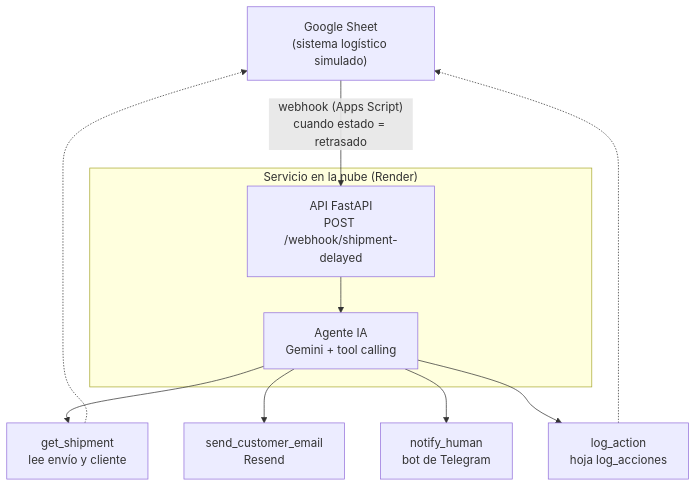
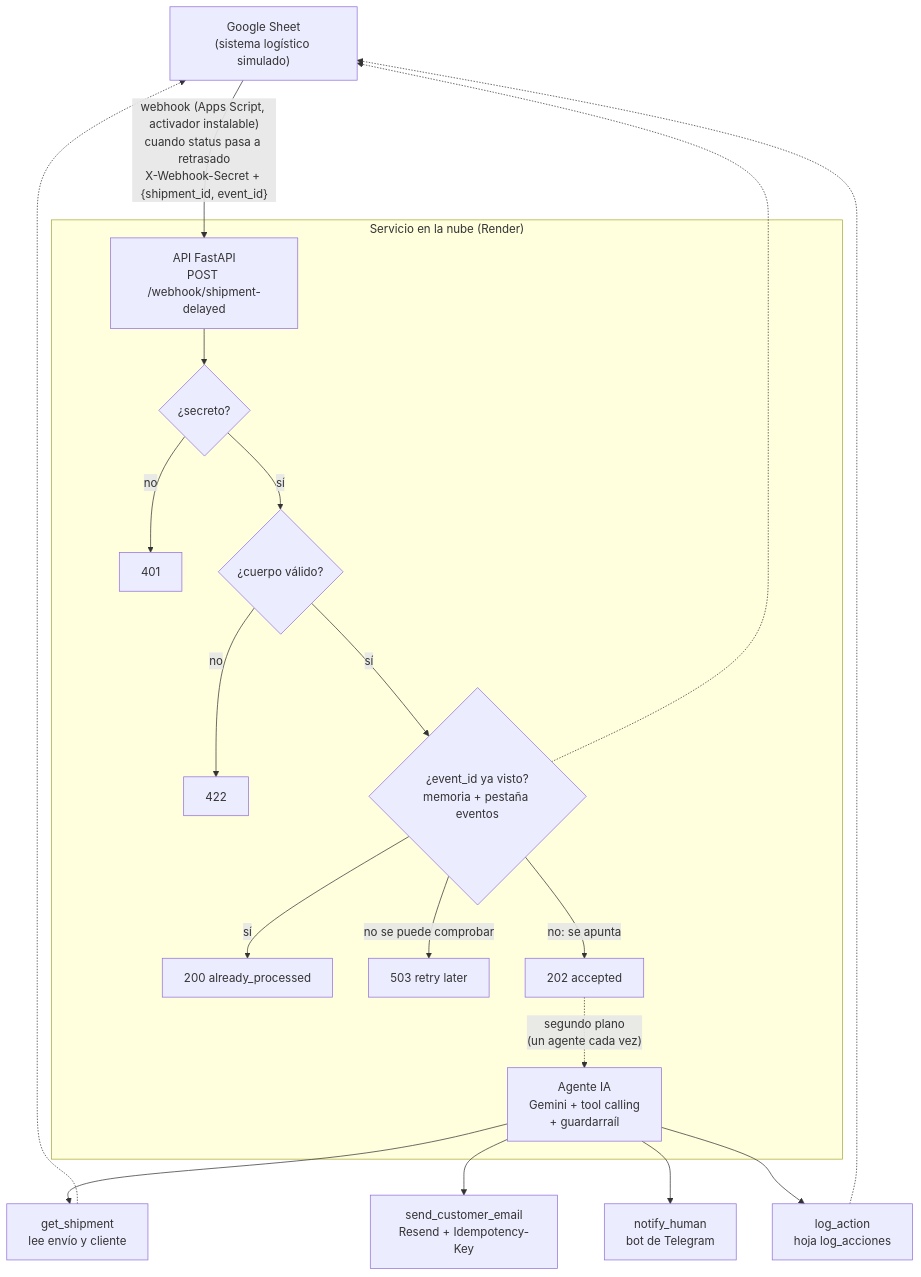
Before and after one commit to stapiaj/agente-logistica: the diagram in docs/contexto/02-arquitectura.md, drawn with Mermaid. The commit also changed other lines of this file and 1 other file, not shown here.

Commit message:
docs: architecture and data model for the phase 4 webhook

````diff
--- a/docs/contexto/02-arquitectura.md
+++ b/docs/contexto/02-arquitectura.md
@@ -5,13 +5,22 @@
 ```mermaid
 flowchart TD
-    S["Google Sheet<br/>(sistema logístico simulado)"] -- "webhook (Apps Script)<br/>cuando estado = retrasado" --> API
+    S["Google Sheet<br/>(sistema logístico simulado)"] -- "webhook (Apps Script, activador instalable)<br/>cuando status pasa a retrasado<br/>X-Webhook-Secret + {shipment_id, event_id}" --> API
     subgraph Render["Servicio en la nube (Render)"]
-        API["API FastAPI<br/>POST /webhook/shipment-delayed"] --> AG["Agente IA<br/>Gemini + tool calling"]
+        API["API FastAPI<br/>POST /webhook/shipment-delayed"] --> C1{"¿secreto?"}
+        C1 -- no --> R401["401"]
+        C1 -- sí --> C2{"¿cuerpo válido?"}
+        C2 -- no --> R422["422"]
+        C2 -- sí --> C3{"¿event_id ya visto?<br/>memoria + pestaña eventos"}
+        C3 -- sí --> R200["200 already_processed"]
+        C3 -- "no se puede comprobar" --> R503["503 retry later"]
+        C3 -- "no: se apunta" --> R202["202 accepted"]
+        R202 -. "segundo plano<br/>(un agente cada vez)" .-> AG["Agente IA<br/>Gemini + tool calling<br/>+ guardarraíl"]
     end
     AG --> T1["get_shipment<br/>lee envío y cliente"]
-    AG --> T2["send_customer_email<br/>Resend"]
+    AG --> T2["send_customer_email<br/>Resend + Idempotency-Key"]
     AG --> T3["notify_human<br/>bot de Telegram"]
     AG --> T4["log_action<br/>hoja log_acciones"]
     T1 -.-> S
     T4 -.-> S
+    C3 -.-> S
 ```
````
